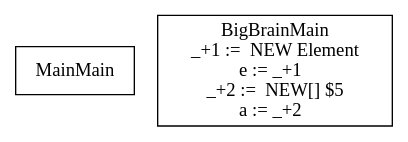
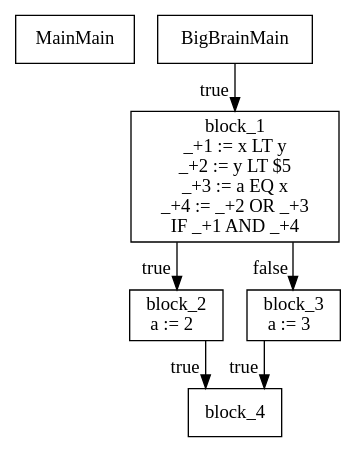
The diagram in dot.dot (AvanaPY/DV1655_Lab1), drawn with Graphviz before and after one commit. The commit also changed 6 other files, not shown here.

```diff
--- a/dot.dot
+++ b/dot.dot
@@ -1,6 +1,15 @@
 digraph {
   graph [splines=ortho]
   node [shape=box]
   MainMain [label="MainMain\n"];
-  BigBrainMain [label="BigBrainMain\n_+1 :=  NEW Element\ne := _+1  \n_+2 :=  NEW[] $5\na := _+2  \n"];
+  BigBrainMain [label="BigBrainMain\n"];
+  BigBrainMain -> block_1[xlabel="true"];
+  block_1 [label="block_1\n_+1 := x LT y\n_+2 := y LT $5\n_+3 := a EQ x\n_+4 := _+2 OR _+3\nIF _+1 AND _+4\n"];
+  block_1 -> block_2[xlabel="true"];
+  block_2 [label="block_2\na := 2  \n"];
+  block_2 -> block_4[xlabel="true"];
+  block_4 [label="block_4\n"];
+  block_1 -> block_3[xlabel="false"];
+  block_3 [label="block_3\na := 3  \n"];
+  block_3 -> block_4[xlabel="true"];
 }
```
